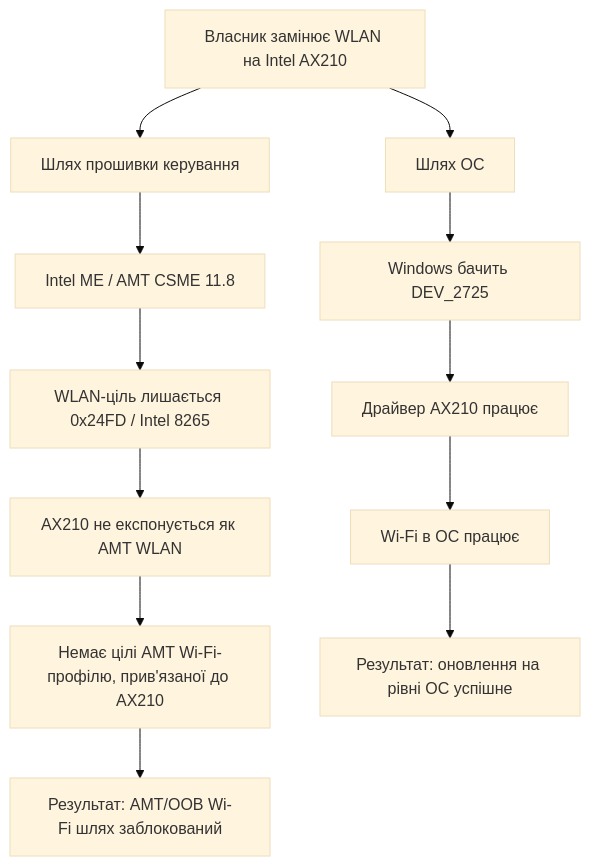
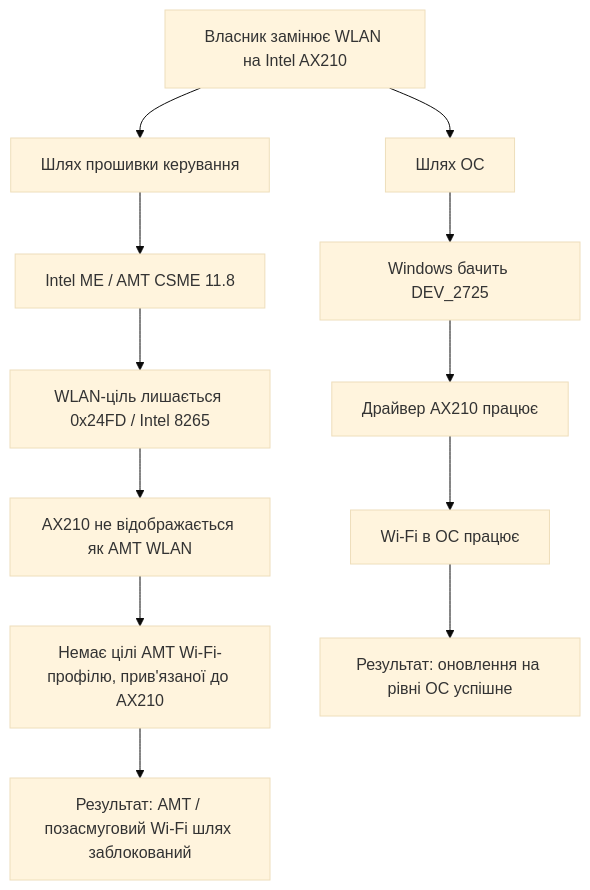
The first of 5 diagrams in docs/звіт-сумісності.md (Tarasevych/hp-elitebook-840-g5-ax210-amt-wifi-compatibility-Ukrainian), drawn with Mermaid (base theme) before and after one commit. The commit also changed other lines of this file and 22 other files, not shown here.

````diff
--- a/docs/звіт-сумісності.md
+++ b/docs/звіт-сумісності.md
@@ -68,17 +68,17 @@
 ```mermaid
 flowchart TB
     A["Власник замінює WLAN на Intel AX210"] --> B["Шлях ОС"]
     A --> C["Шлях прошивки керування"]
 
     B --> D["Windows бачить DEV_2725"]
     D --> E["Драйвер AX210 працює"]
     E --> F["Wi-Fi в ОС працює"]
 
     C --> G["Intel ME / AMT CSME 11.8"]
     G --> H["WLAN-ціль лишається 0x24FD / Intel 8265"]
-    H --> I["AX210 не експонується як AMT WLAN"]
+    H --> I["AX210 не відображається як AMT WLAN"]
     I --> J["Немає цілі AMT Wi-Fi-профілю, прив'язаної до AX210"]
 
     F --> K["Результат: оновлення на рівні ОС успішне"]
-    J --> L["Результат: AMT/OOB Wi-Fi шлях заблокований"]
+    J --> L["Результат: AMT / позасмуговий Wi-Fi шлях заблокований"]
 ```
````
